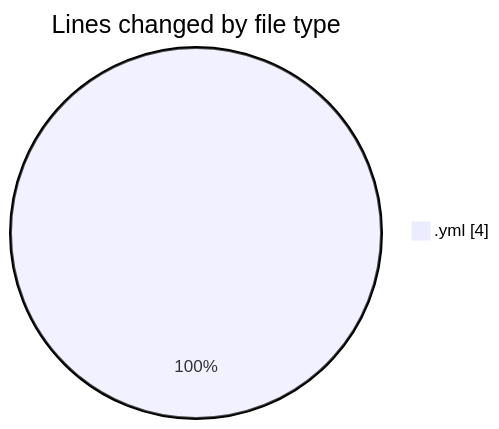
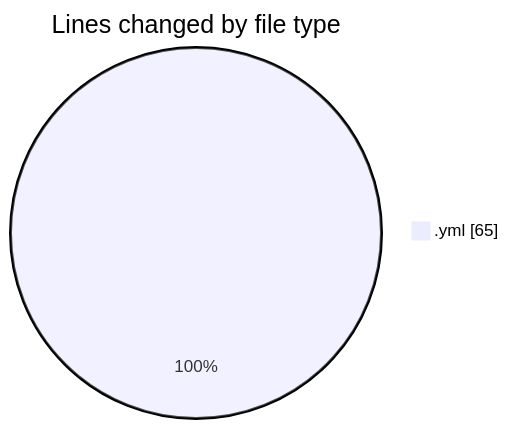
Before and after one commit to donsfak/code-tracking: the first of 2 diagrams in 2025-02-10/maps_clone/README.md, drawn with Mermaid. The commit also changed other lines of this file and 1 other file, not shown here.

````diff
--- a/2025-02-10/maps_clone/README.md
+++ b/2025-02-10/maps_clone/README.md
@@ -20,5 +20,5 @@
 ```mermaid
 pie showData
 title Lines changed by file type
-".yml" : 4
+".yml" : 65
 ```
````
